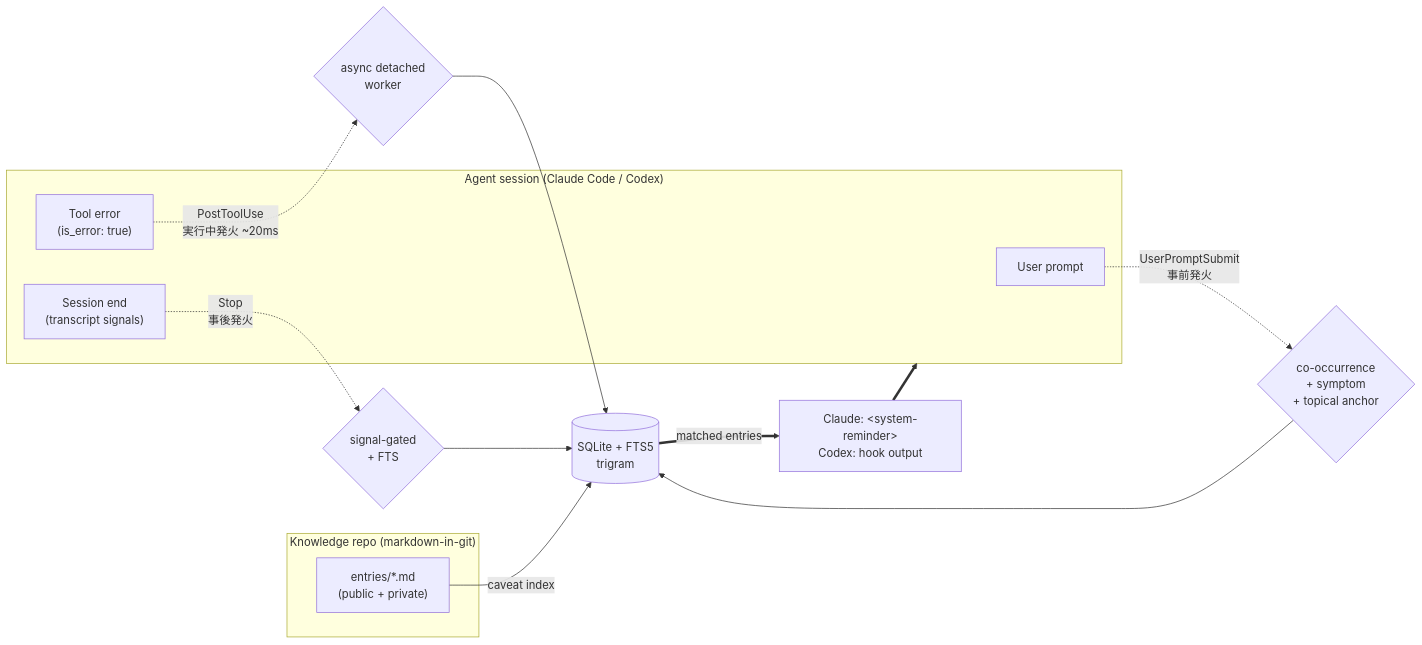
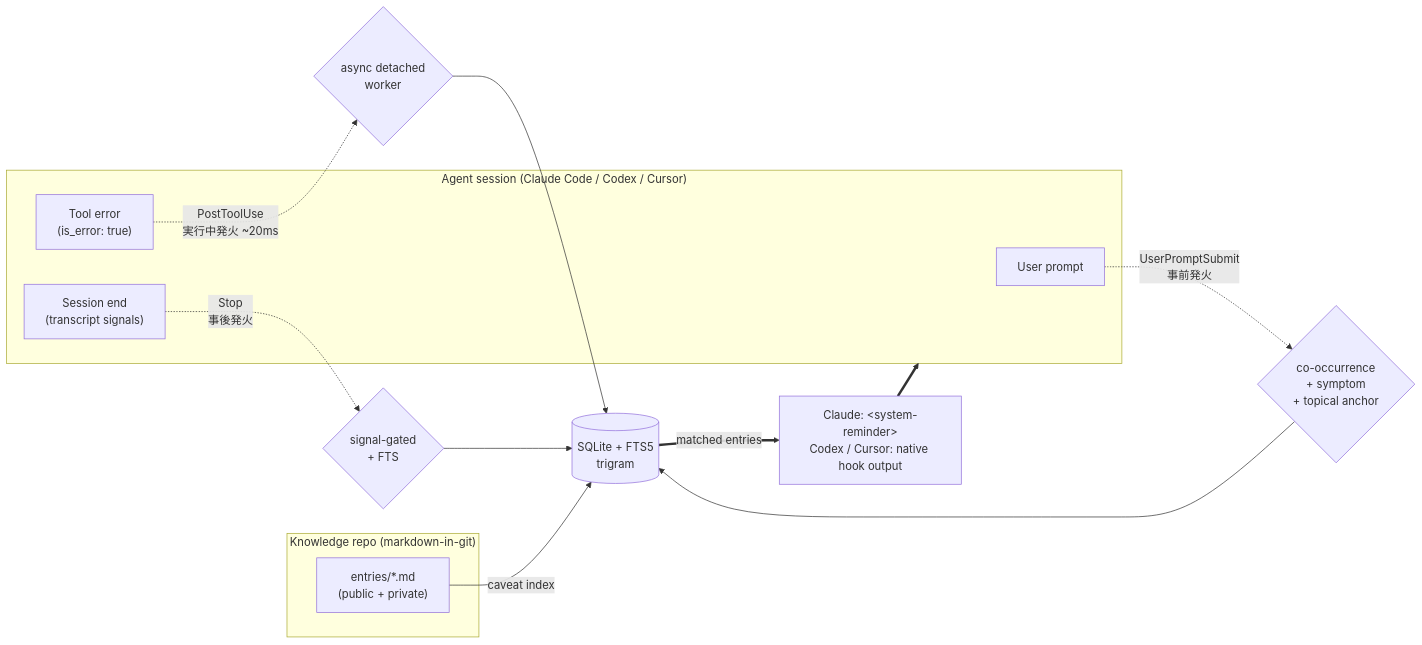
The diagram in README.md (kitepon-rgb/Caveat), drawn with Mermaid before and after one commit. The commit also changed other lines of this file and 45 other files, not shown here.

````diff
--- a/README.md
+++ b/README.md
@@ -89,25 +103,25 @@
 ```mermaid
 flowchart LR
     subgraph KB["Knowledge repo (markdown-in-git)"]
         MD["entries/*.md<br/>(public + private)"]
     end
 
     MD -->|caveat index| FTS[("SQLite + FTS5<br/>trigram")]
 
-    subgraph AG["Agent session (Claude Code / Codex)"]
+    subgraph AG["Agent session (Claude Code / Codex / Cursor)"]
         P["User prompt"]
         T["Tool error<br/>(is_error: true)"]
         S["Session end<br/>(transcript signals)"]
     end
 
     P -.->|"UserPromptSubmit<br/>事前発火"| H1{"co-occurrence<br/>+ symptom<br/>+ topical anchor"}
     T -.->|"PostToolUse<br/>実行中発火 ~20ms"| H2{"async detached<br/>worker"}
     S -.->|"Stop<br/>事後発火"| H3{"signal-gated<br/>+ FTS"}
 
     H1 --> FTS
     H2 --> FTS
     H3 --> FTS
 
-    FTS ==>|matched entries| R["Claude: &lt;system-reminder&gt;<br/>Codex: hook output"]
+    FTS ==>|matched entries| R["Claude: &lt;system-reminder&gt;<br/>Codex / Cursor: native hook output"]
     R ==> AG
 ```
````
